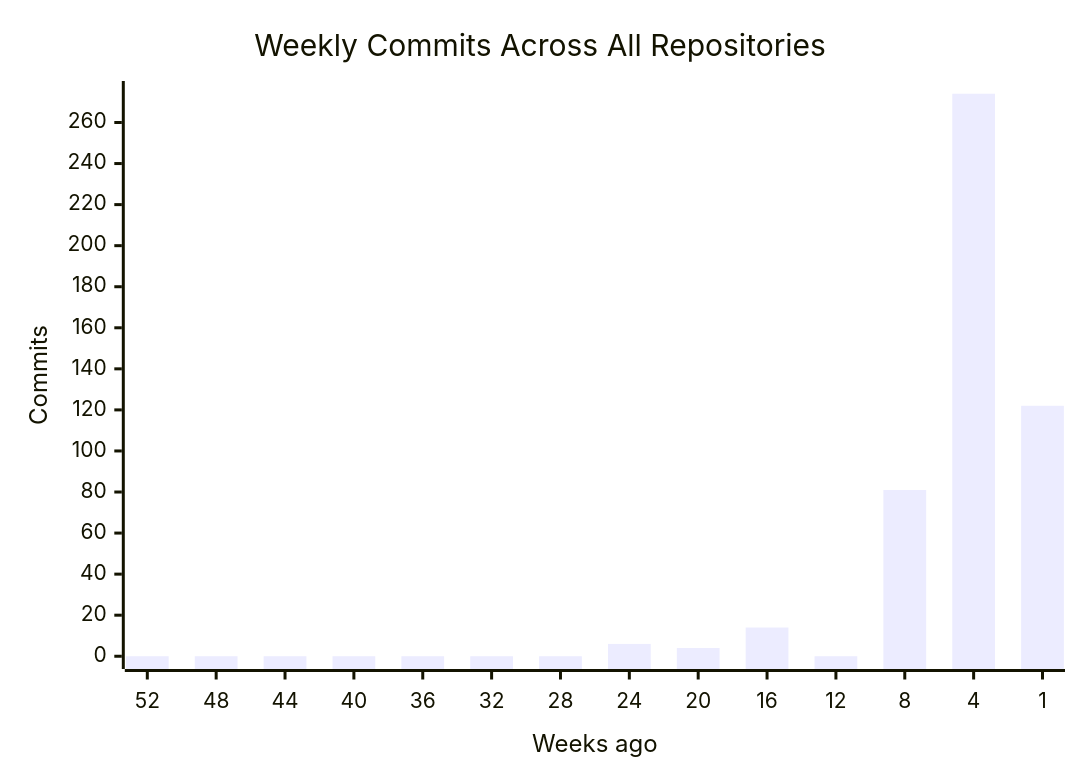
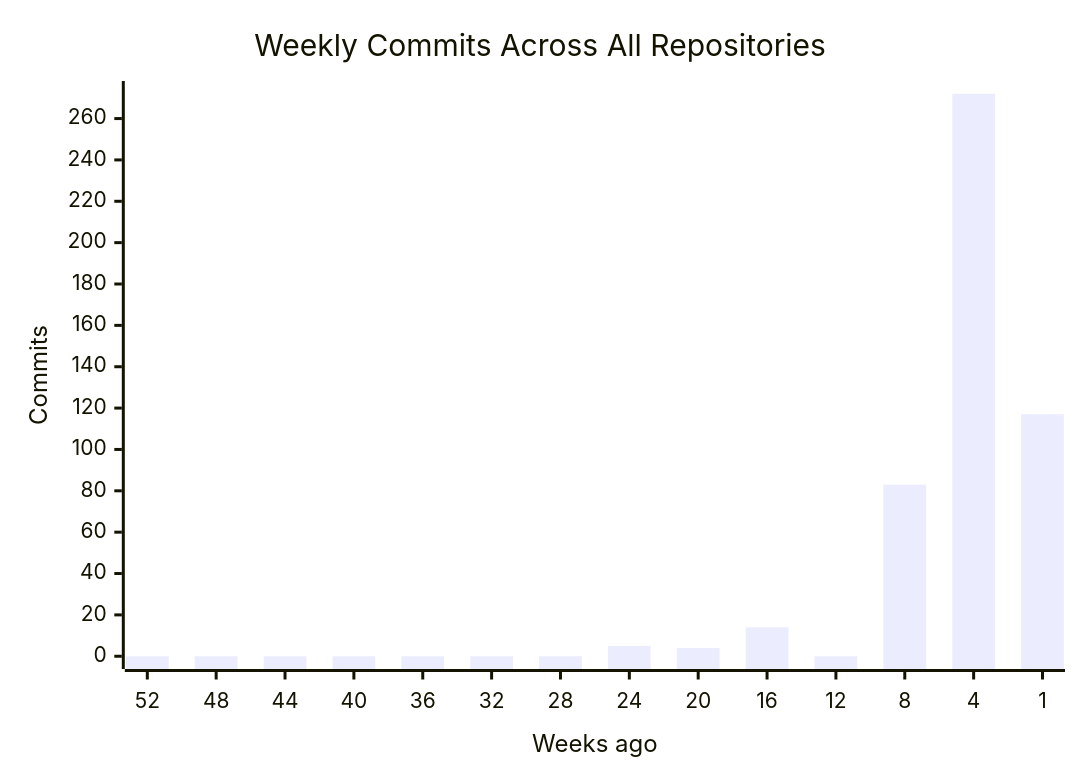
Before and after one commit to CSTH-Projects/.github: the first of 4 diagrams in profile/README.md, drawn with Mermaid. The commit also changed other lines of this file, not shown here.

````diff
--- a/profile/README.md
+++ b/profile/README.md
@@ -16,7 +16,7 @@
 ```mermaid
 xychart-beta
     title "Weekly Commits Across All Repositories"
     x-axis "Weeks ago" [52, 48, 44, 40, 36, 32, 28, 24, 20, 16, 12, 8, 4, 1]
     y-axis "Commits"
-    bar [0, 0, 0, 0, 0, 0, 0, 6, 4, 14, 0, 81, 274, 122]
+    bar [0, 0, 0, 0, 0, 0, 0, 5, 4, 14, 0, 83, 272, 117]
 ```
````
